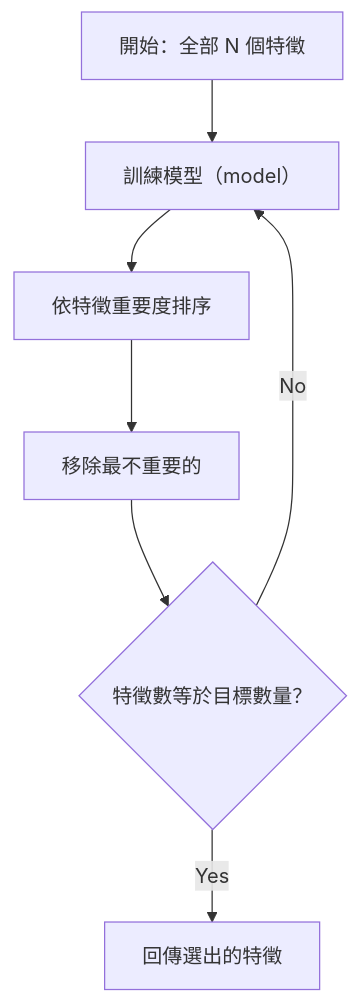
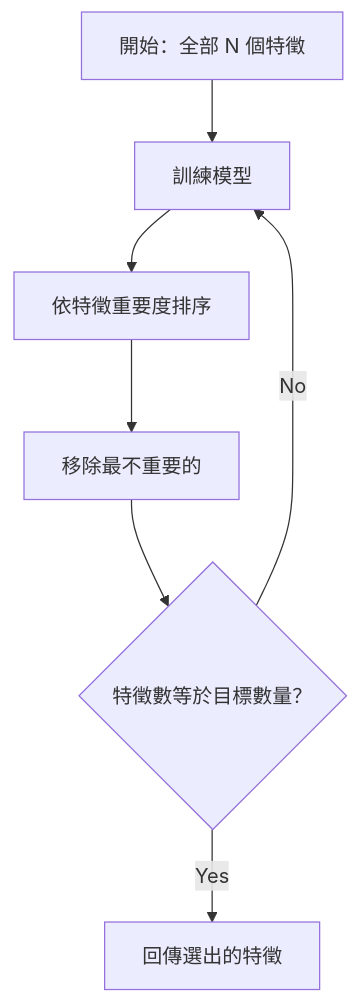
One commit to edward821220/ai-engineering-from-scratch changed the third of 4 diagrams in i18n/zh-TW/phases/02-ml-fundamentals/18-feature-selection/docs/zh-TW.md. Above: the diagram before and after it, drawn with Mermaid. The commit also changed other lines of this file and 123 other files, not shown here.

````diff
--- a/i18n/zh-TW/phases/02-ml-fundamentals/18-feature-selection/docs/zh-TW.md
+++ b/i18n/zh-TW/phases/02-ml-fundamentals/18-feature-selection/docs/zh-TW.md
@@ -107,9 +107,9 @@
 ```mermaid
 flowchart TD
-    A["開始：全部 N 個特徵"] --> B["訓練模型（model）"]
+    A["開始：全部 N 個特徵"] --> B["訓練模型"]
     B --> C["依特徵重要度排序"]
     C --> D["移除最不重要的"]
     D --> E{"特徵數等於目標數量？"}
     E -->|No| B
     E -->|Yes| F["回傳選出的特徵"]
 ```
````
